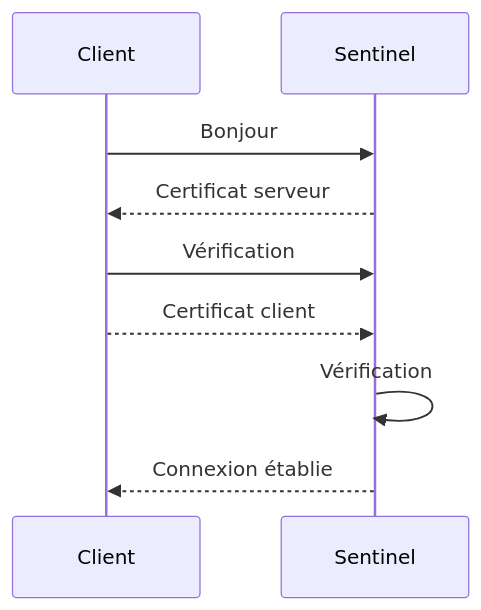
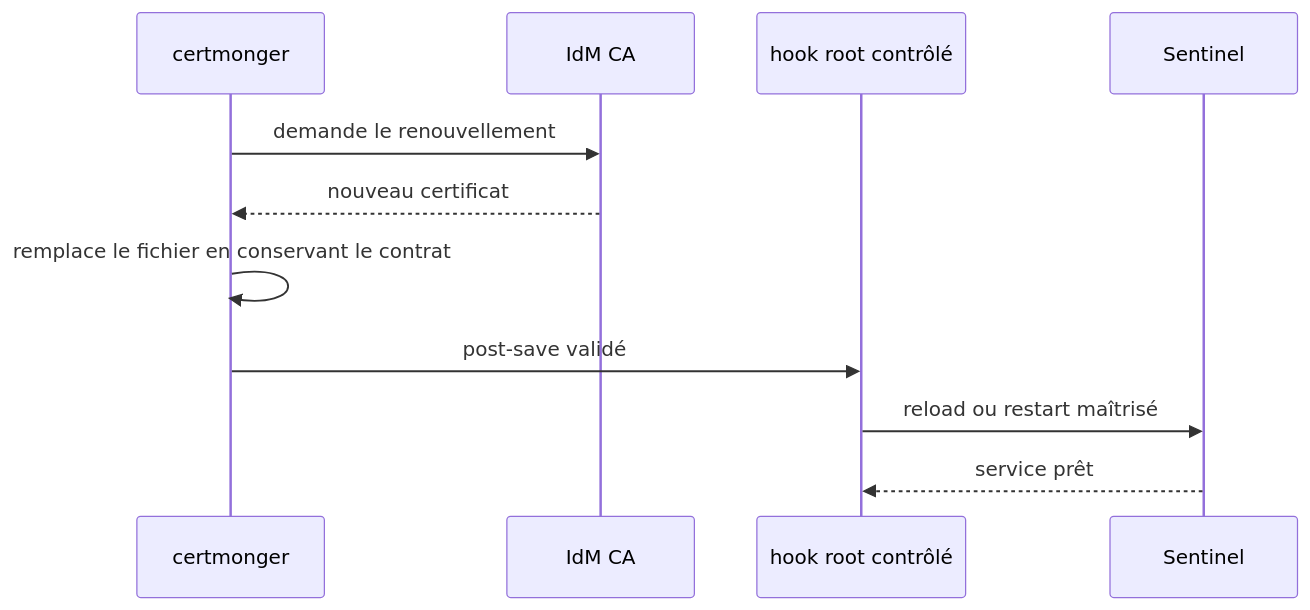
One commit to tdelaclos/formations changed the second of 3 diagrams in sentinel/docs/campagne_08/8.8-certificats.md. Above: the diagram before and after it, drawn with Mermaid. The commit also changed other lines of this file and 10 other files, not shown here.

````diff
--- a/sentinel/docs/campagne_08/8.8-certificats.md
+++ b/sentinel/docs/campagne_08/8.8-certificats.md
@@ -1591,19 +198,13 @@
 ```mermaid
 sequenceDiagram
-
-    participant C as Client
-
+    participant C as certmonger
+    participant CA as IdM CA
+    participant H as hook root contrôlé
     participant S as Sentinel
-
-    C->>S: Bonjour
-
-    S-->>C: Certificat serveur
-
-    C->>S: Vérification
-
-    C-->>S: Certificat client
-
-    S->>S: Vérification
-
-    S-->>C: Connexion établie
+    C->>CA: demande le renouvellement
+    CA-->>C: nouveau certificat
+    C->>C: remplace le fichier en conservant le contrat
+    C->>H: post-save validé
+    H->>S: reload ou restart maîtrisé
+    S-->>H: service prêt
 ```
````
